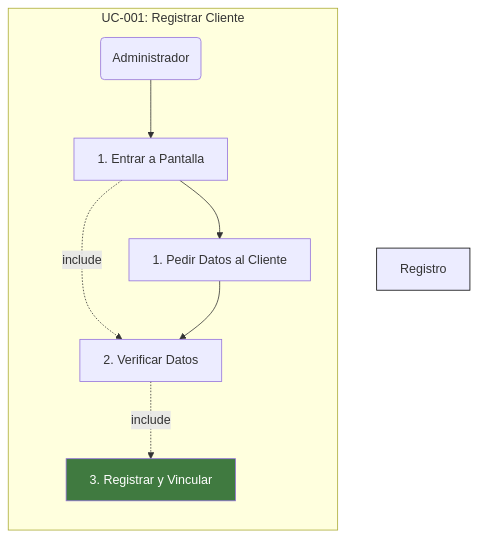
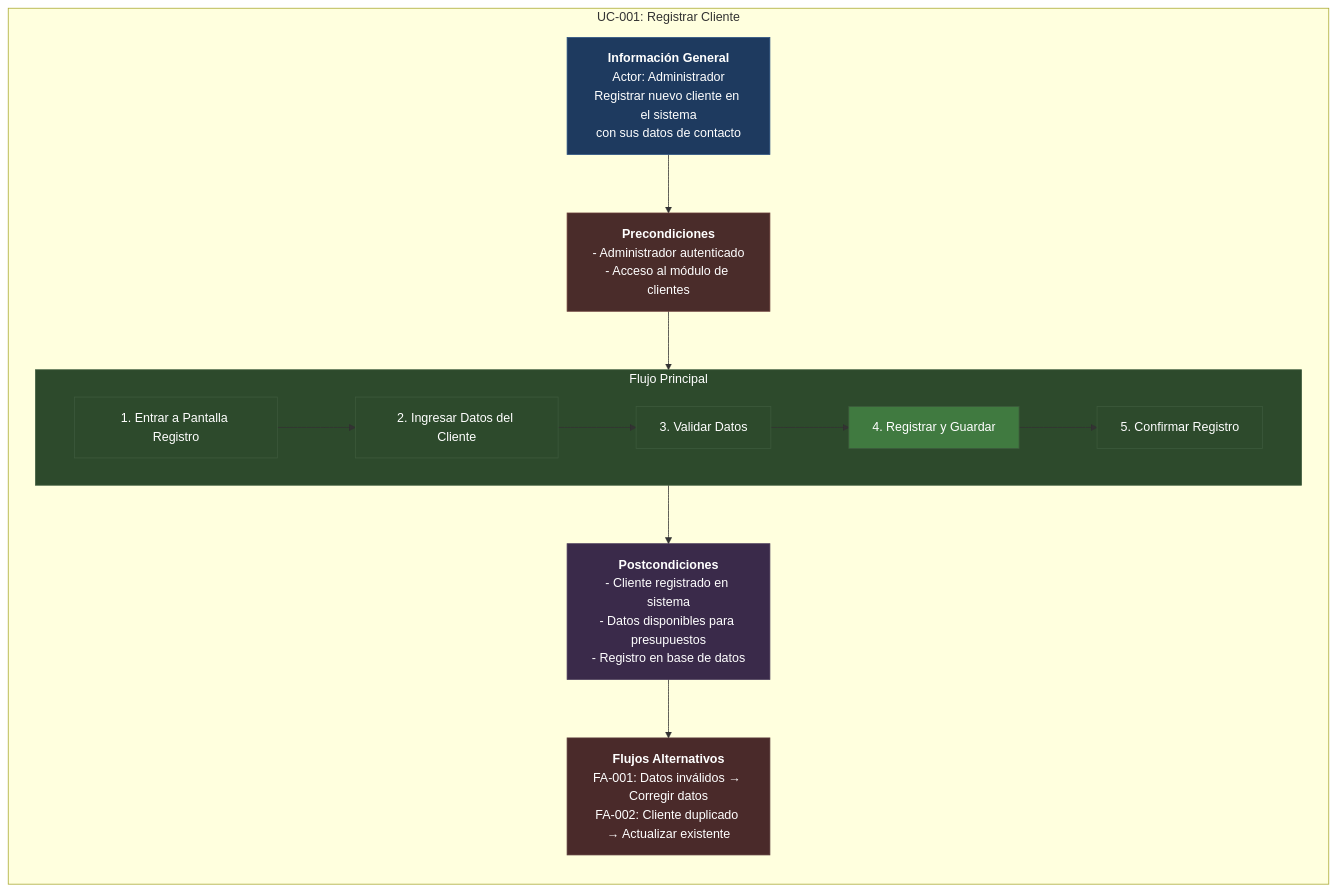
The second of 6 diagrams in test3.md (Marcos0o0/testttttt), drawn with Mermaid before and after one commit.

````diff
--- a/test3.md
+++ b/test3.md
@@ -61,30 +61,37 @@
 ```mermaid
 graph TD
     subgraph Registro Cliente [UC-001: Registrar Cliente]
         direction TB
-        ADM(Administrador)
-        UC_E[1. Entrar a Pantalla]
-        UC_P[1. Pedir Datos al Cliente]
-        UC_V[2. Verificar Datos]
-        UC_R[3. Registrar y Vincular]
         
-        %% Conexión del Actor
-        ADM --> UC_E
+        Info["<b>Información General</b><br/>Actor: Administrador<br/>Registrar nuevo cliente en el sistema<br/>con sus datos de contacto"]
         
-        %% Descomposición y Flujo Lógico con Inclusiones
-        UC_E --> UC_P
+        Pre["<b>Precondiciones</b><br/>- Administrador autenticado<br/>- Acceso al módulo de clientes"]
         
-        %% El caso de uso principal incluye la verificación
-        UC_E -.->|include| UC_V
+        subgraph Flujo["Flujo Principal"]
+            UC_E[1. Entrar a Pantalla Registro]
+            UC_P[2. Ingresar Datos del Cliente]
+            UC_V[3. Validar Datos]
+            UC_R[4. Registrar y Guardar]
+            UC_C[5. Confirmar Registro]
+            
+            UC_E --> UC_P --> UC_V --> UC_R --> UC_C
+        end
         
-        %% La acción de pedir datos lleva a la verificación
-        UC_P --> UC_V
+        Post["<b>Postcondiciones</b><br/>- Cliente registrado en sistema<br/>- Datos disponibles para presupuestos<br/>- Registro en base de datos"]
         
-        %% La verificación exitosa siempre lleva al registro final
-        UC_V -.->|include| UC_R
+        Alt["<b>Flujos Alternativos</b><br/>FA-001: Datos inválidos → Corregir datos<br/>FA-002: Cliente duplicado → Actualizar existente"]
+        
+        Info --> Pre --> Flujo --> Post --> Alt
     end
     
-    %% Leyenda
-    style UC_R fill:#407a40, color:#fff
-    style Registro Cliente fill:#e6e6fa, stroke:#000
+    style Info fill:#1e3a5f,stroke:#2c5282,color:#fff
+    style Pre fill:#4a2c2a,stroke:#6b3e3a,color:#fff
+    style Flujo fill:#2d4a2c,stroke:#3d5a3c,color:#fff
+    style Post fill:#3a2a4a,stroke:#4a3a5a,color:#fff
+    style Alt fill:#4a2a2a,stroke:#5a3a3a,color:#fff
+    style UC_E fill:#2d4a2c,stroke:#3d5a3c,color:#fff
+    style UC_P fill:#2d4a2c,stroke:#3d5a3c,color:#fff
+    style UC_V fill:#2d4a2c,stroke:#3d5a3c,color:#fff
+    style UC_R fill:#407a40,stroke:#3d5a3c,color:#fff
+    style UC_C fill:#2d4a2c,stroke:#3d5a3c,color:#fff
 ```
````
